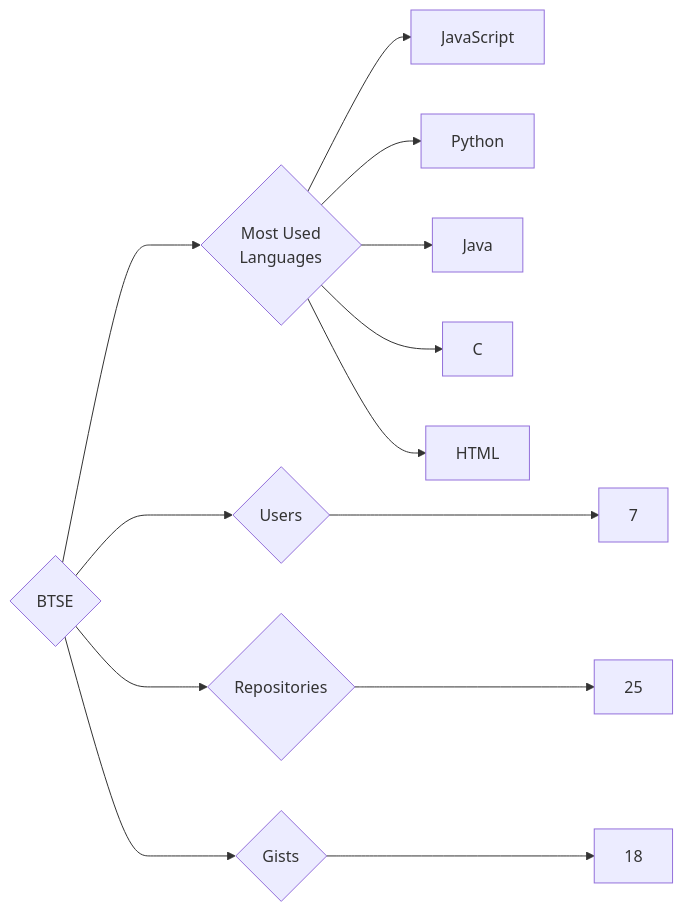
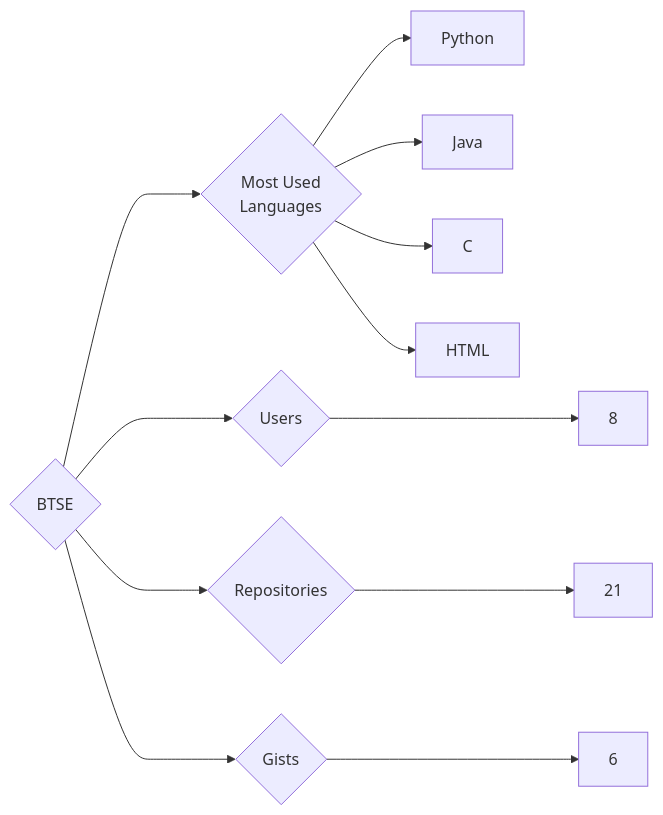
One commit to trickest/insiders changed the diagram in targets/BTSE/README.md. Above: the diagram before and after it, drawn with Mermaid. The commit also changed 912 other files, not shown here.

````diff
--- a/targets/BTSE/README.md
+++ b/targets/BTSE/README.md
@@ -3,13 +3,12 @@
 ```mermaid
 graph LR
 COMPANY_NAME{BTSE}
-COMPANY_NAME ---> U{Users} ---> UN[7]
-COMPANY_NAME ---> R{Repositories} ---> RN[25]
-COMPANY_NAME ---> G{Gists} ---> GN[18]
+COMPANY_NAME ---> U{Users} ---> UN[8]
+COMPANY_NAME ---> R{Repositories} ---> RN[21]
+COMPANY_NAME ---> G{Gists} ---> GN[6]
 COMPANY_NAME ---> ML{Most Used<br>Languages}
-ML --> JavaScript[JavaScript]
 ML --> Python[Python]
 ML --> Java[Java]
 ML --> C[C]
 ML --> HTML[HTML]
 ```
````
